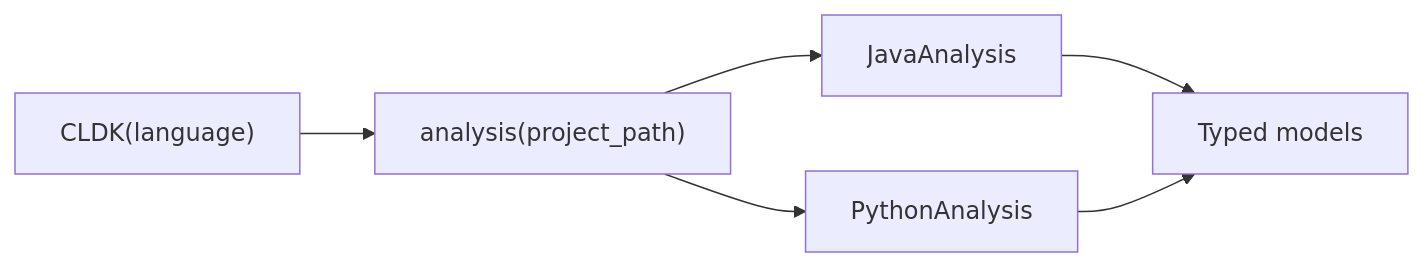
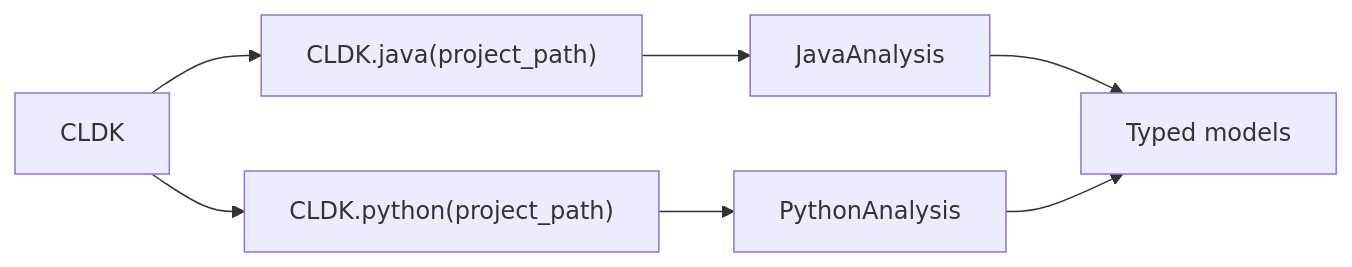
The diagram in src/content/docs/reference/python-api/index.md (codellm-devkit/docs), drawn with Mermaid before and after one commit. The commit also changed other lines of this file and 19 other files, not shown here.

````diff
--- a/src/content/docs/reference/python-api/index.md
+++ b/src/content/docs/reference/python-api/index.md
@@ -12,7 +12,8 @@
 ```mermaid
 flowchart LR
-    C["CLDK(language)"] --> A["analysis(project_path)"]
-    A --> J[JavaAnalysis]
-    A --> P[PythonAnalysis]
+    C["CLDK"] --> JF["CLDK.java(project_path)"]
+    C --> PF["CLDK.python(project_path)"]
+    JF --> J[JavaAnalysis]
+    PF --> P[PythonAnalysis]
     J & P --> M[Typed models]
 ```
````
